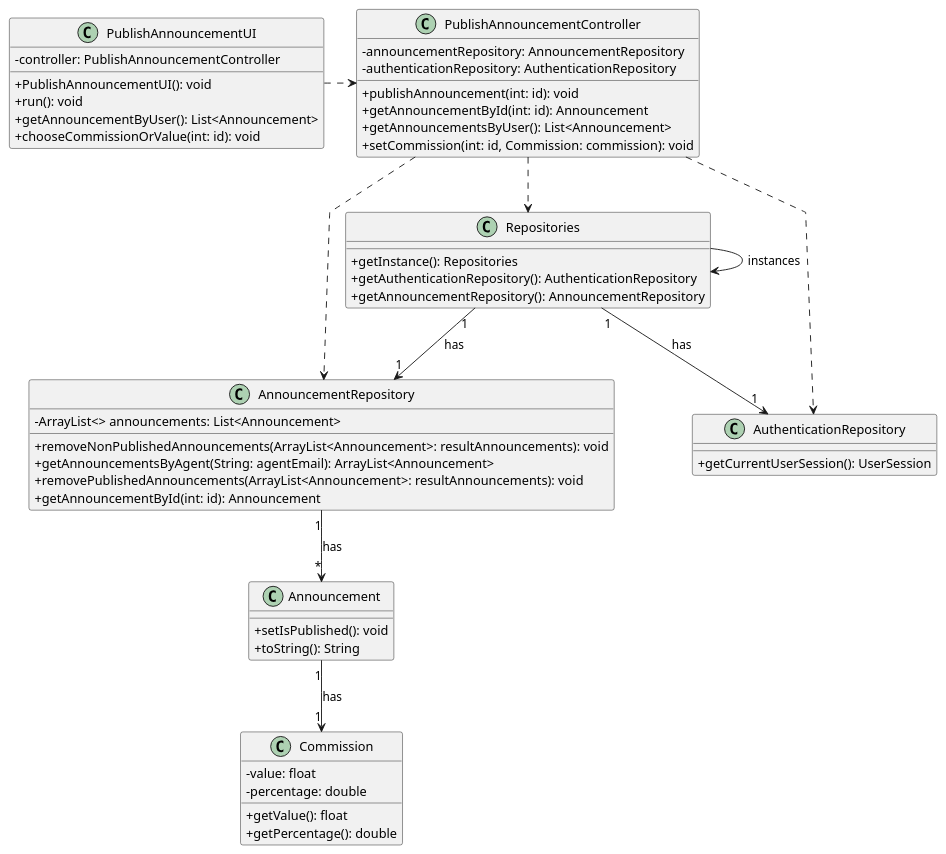
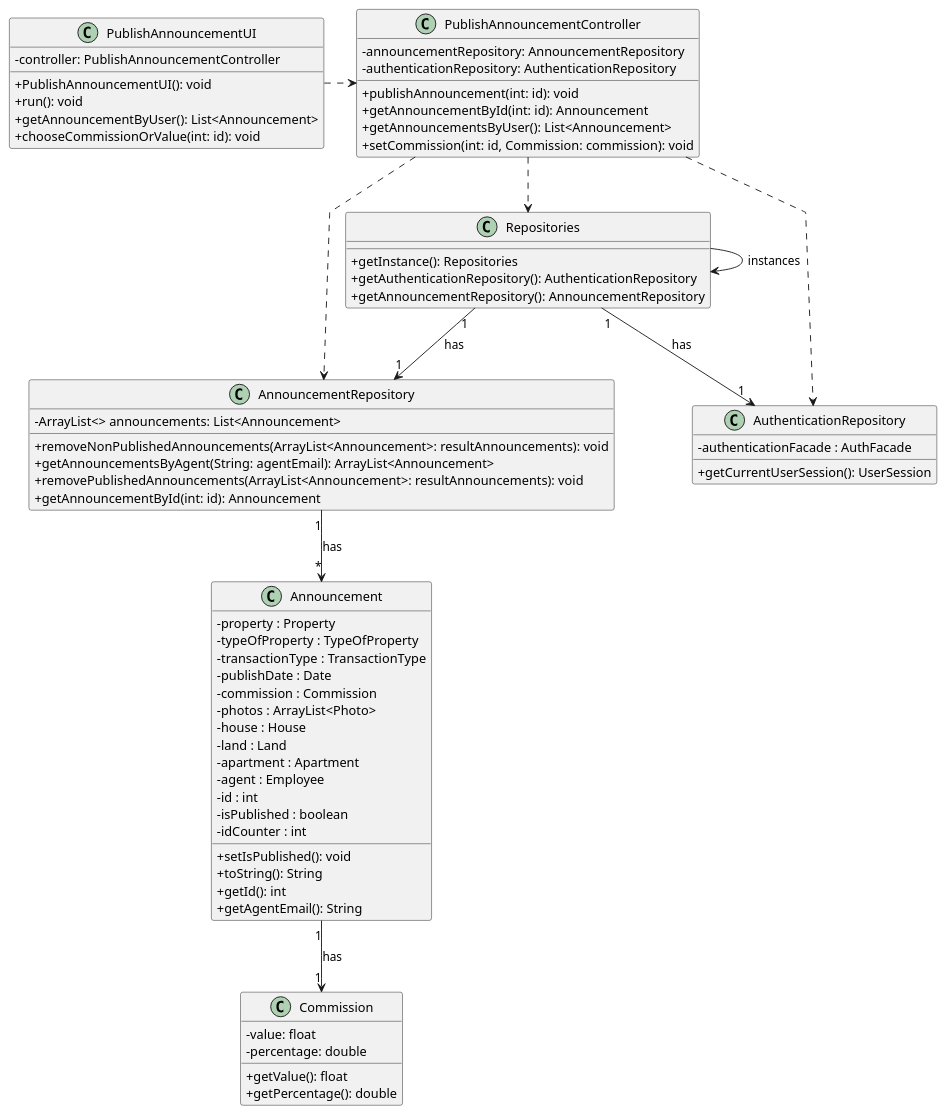
The diagram in docs/sprintB/us002/03.design/puml/us002-class-diagram.puml (Goncalves2525/real-estate-management-system), drawn with PlantUML before and after one commit. The commit also changed 7 other files, not shown here.

Commit message:
Global Class Diagram

```diff
--- a/docs/sprintB/us002/03.design/puml/us002-class-diagram.puml
+++ b/docs/sprintB/us002/03.design/puml/us002-class-diagram.puml
@@ -1,78 +1,94 @@
 @startuml
 'skinparam monochrome true
 skinparam packageStyle rectangle
 skinparam shadowing false
 skinparam linetype polyline
 'skinparam linetype orto
 
 
 
 skinparam classAttributeIconSize 0
 
 class Announcement {
-    +setIsPublished(): void
-    +toString(): String
+ -property : Property
+ -typeOfProperty : TypeOfProperty
+ -transactionType : TransactionType
+ -publishDate : Date
+ -commission : Commission
+ -photos : ArrayList<Photo>
+ -house : House
+ -land : Land
+ -apartment : Apartment
+ -agent : Employee
+ -id : int
+ -isPublished : boolean
+ -idCounter : int
+ +setIsPublished(): void
+ +toString(): String
+ +getId(): int
+ +getAgentEmail(): String
 }
 
 class Commission {
  -value: float
  -percentage: double
  +getValue(): float
  +getPercentage(): double
 }
 
 
 class AnnouncementRepository {
  -ArrayList<> announcements: List<Announcement>
  +removeNonPublishedAnnouncements(ArrayList<Announcement>: resultAnnouncements): void
  +getAnnouncementsByAgent(String: agentEmail): ArrayList<Announcement>
  +removePublishedAnnouncements(ArrayList<Announcement>: resultAnnouncements): void
  +getAnnouncementById(int: id): Announcement
 }
 
 
 
 class AuthenticationRepository{
+ -authenticationFacade : AuthFacade
  +getCurrentUserSession(): UserSession
 }
 
 
 
 class Repositories {
  +getInstance(): Repositories
  +getAuthenticationRepository(): AuthenticationRepository
  +getAnnouncementRepository(): AnnouncementRepository
 }
 
 
 
 class PublishAnnouncementController {
  -announcementRepository: AnnouncementRepository
  -authenticationRepository: AuthenticationRepository
  +publishAnnouncement(int: id): void
  +getAnnouncementById(int: id): Announcement
  +getAnnouncementsByUser(): List<Announcement>
  +setCommission(int: id, Commission: commission): void
 }
 
 
 
 class PublishAnnouncementUI {
  -controller: PublishAnnouncementController
  +PublishAnnouncementUI(): void
  +run(): void
  +getAnnouncementByUser(): List<Announcement>
  +chooseCommissionOrValue(int: id): void
 }
 
 Repositories -> Repositories : instances
 PublishAnnouncementUI .> PublishAnnouncementController
 PublishAnnouncementController ..> Repositories
 Repositories "1" --> "1" AuthenticationRepository : has
 Repositories "1" --> "1" AnnouncementRepository : has
 PublishAnnouncementController ..> AnnouncementRepository
 PublishAnnouncementController ..> AuthenticationRepository
 AnnouncementRepository "1" --> "*" Announcement : has
 Announcement "1" --> "1" Commission : has
 
 @enduml
```
